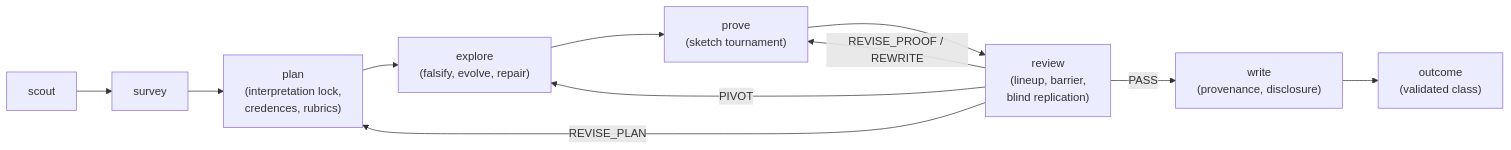
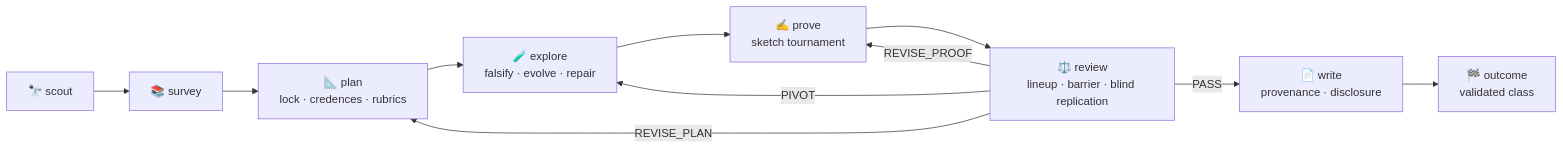
Before and after one commit to zi-wa/Neugier: the first of 2 diagrams in README.md, drawn with Mermaid. The commit also changed other lines of this file and 4 other files, not shown here.

````diff
--- a/README.md
+++ b/README.md
@@ -109,9 +104,9 @@
 ```mermaid
 flowchart LR
-  S[scout] --> V[survey] --> P["plan\n(interpretation lock,\ncredences, rubrics)"] --> E["explore\n(falsify, evolve, repair)"] --> R["prove\n(sketch tournament)"]
-  R --> A["review\n(lineup, barrier,\nblind replication)"]
-  A -- PASS --> W["write\n(provenance, disclosure)"] --> O["outcome\n(validated class)"]
-  A -- REVISE_PROOF / REWRITE --> R
+  S["🔭 scout"] --> V["📚 survey"] --> P["📐 plan<br/>lock · credences · rubrics"] --> E["🧪 explore<br/>falsify · evolve · repair"] --> R["✍️ prove<br/>sketch tournament"]
+  R --> A["⚖️ review<br/>lineup · barrier · blind replication"]
+  A -- PASS --> W["📄 write<br/>provenance · disclosure"] --> O["🏁 outcome<br/>validated class"]
+  A -- REVISE_PROOF --> R
   A -- REVISE_PLAN --> P
   A -- PIVOT --> E
 ```
````
